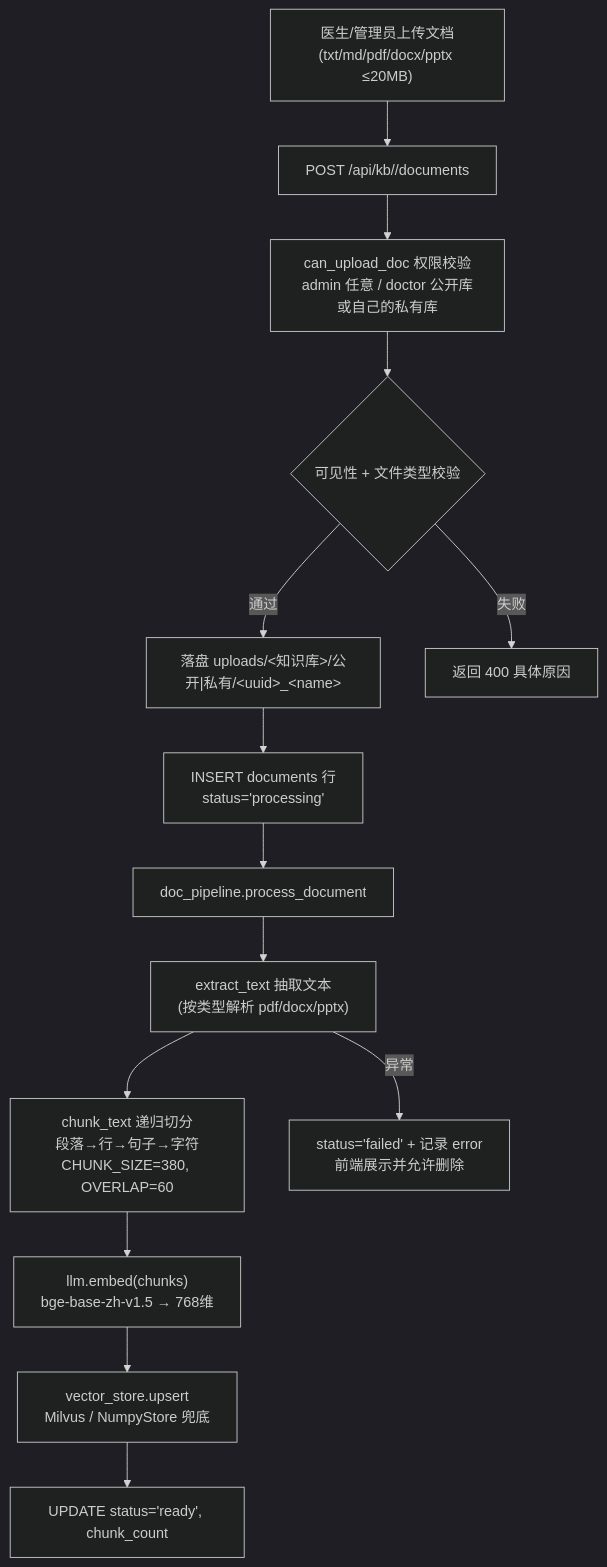
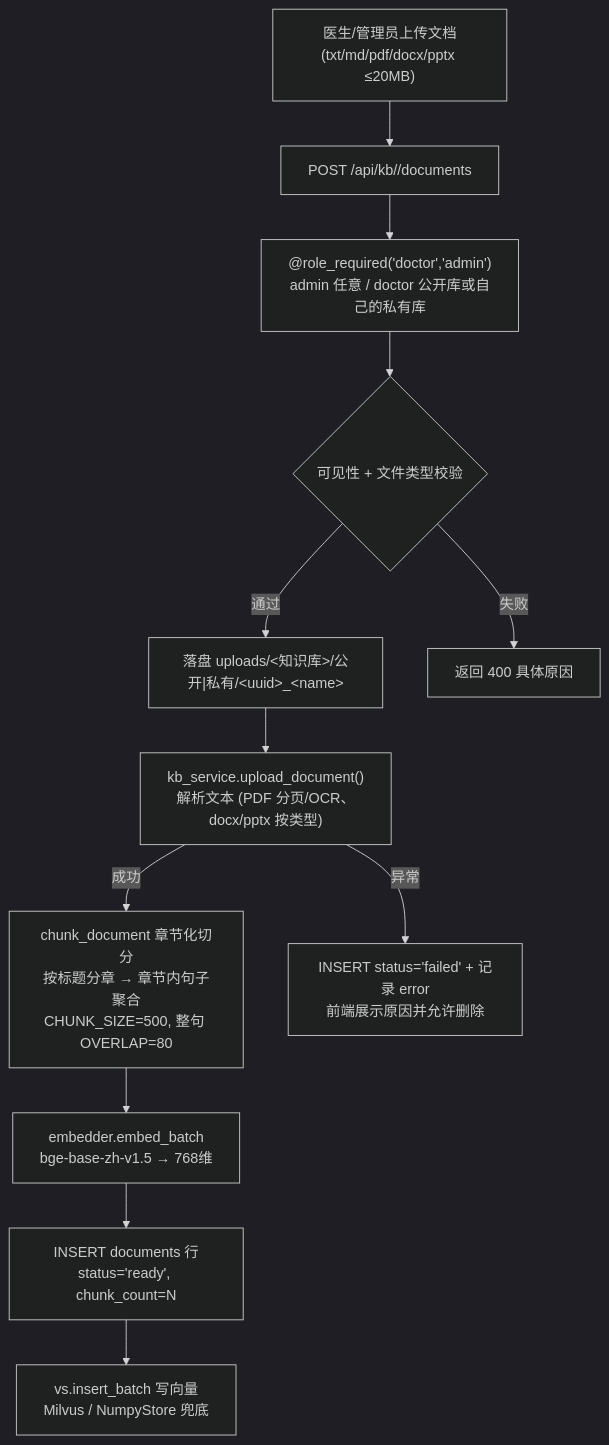
Before and after one commit to SFANBLOG/medical-assistant-master: the fifth of 9 diagrams in 面试准备/项目架构图与流程图.md, drawn with Mermaid (dark theme). The commit also changed other lines of this file and 3 other files, not shown here.

````diff
--- a/面试准备/项目架构图与流程图.md
+++ b/面试准备/项目架构图与流程图.md
@@ -218,17 +216,15 @@
 ```mermaid
 flowchart TD
     U["医生/管理员上传文档<br/>(txt/md/pdf/docx/pptx ≤20MB)"]
     U --> A["POST /api/kb/<kb_id>/documents"]
-    A --> B["can_upload_doc 权限校验<br/>admin 任意 / doctor 公开库或自己的私有库"]
+    A --> B["@role_required('doctor','admin')<br/>admin 任意 / doctor 公开库或自己的私有库"]
     B --> C{"可见性 + 文件类型校验"}
     C -- " 通过 " --> D["落盘 uploads/<知识库>/公开|私有/&lt;uuid&gt;_&lt;name&gt;"]
     C -- " 失败 " --> E["返回 400 具体原因"]
-    D --> F["INSERT documents 行<br/>status='processing'"]
-    F --> G["doc_pipeline.process_document"]
-    G --> H["extract_text 抽取文本<br/>(按类型解析 pdf/docx/pptx)"]
-    H --> I["chunk_text 递归切分<br/>段落→行→句子→字符<br/>CHUNK_SIZE=380, OVERLAP=60"]
-    I --> J["llm.embed(chunks)<br/>bge-base-zh-v1.5 → 768维"]
-    J --> K["vector_store.upsert<br/>Milvus / NumpyStore 兜底"]
-    K --> L["UPDATE status='ready', chunk_count"]
-    H -- " 异常 " --> M["status='failed' + 记录 error<br/>前端展示并允许删除"]
+    D --> F["kb_service.upload_document()<br/>解析文本 (PDF 分页/OCR、docx/pptx 按类型)"]
+    F -- " 成功 " --> G["chunk_document 章节化切分<br/>按标题分章 → 章节内句子聚合<br/>CHUNK_SIZE=500, 整句 OVERLAP=80"]
+    G --> H["embedder.embed_batch<br/>bge-base-zh-v1.5 → 768维"]
+    H --> I["INSERT documents 行<br/>status='ready', chunk_count=N"]
+    I --> J["vs.insert_batch 写向量<br/>Milvus / NumpyStore 兜底"]
+    F -- " 异常 " --> K["INSERT status='failed' + 记录 error<br/>前端展示原因并允许删除"]
 ```
````
